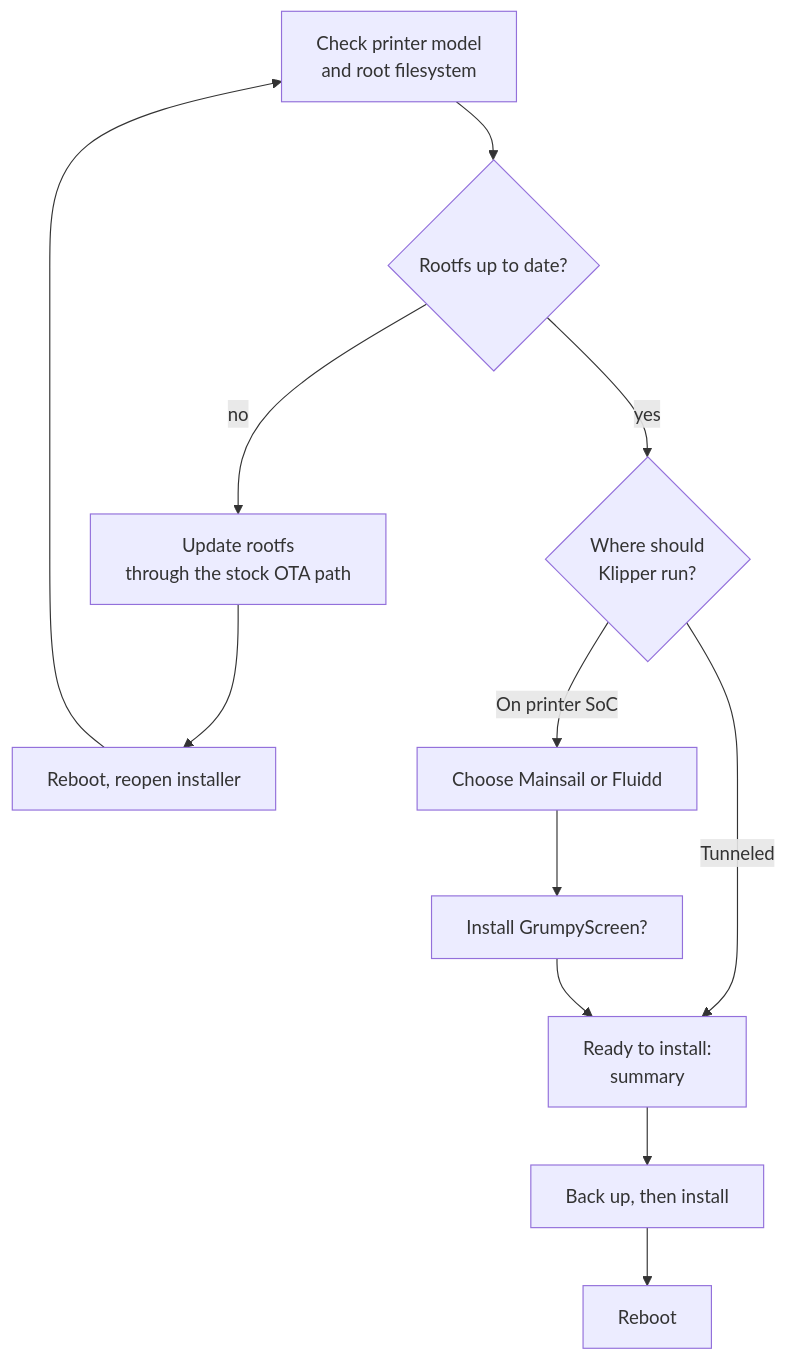
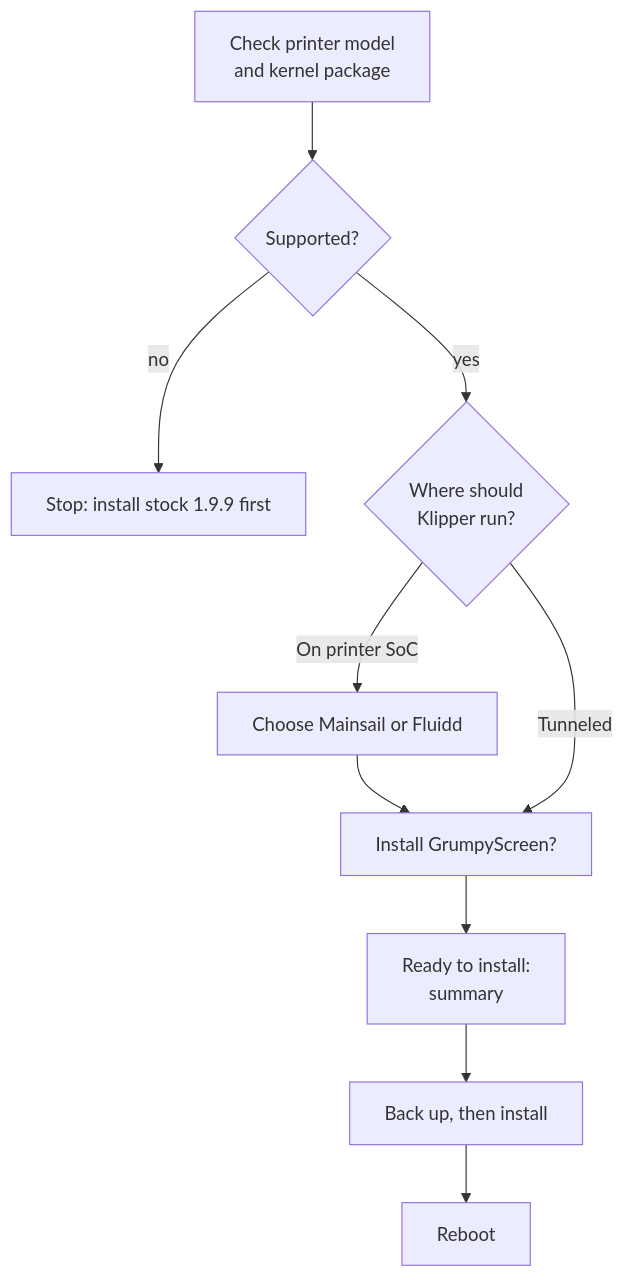
The diagram in docs/installer.md (FlashForge-C5-Modding-Group/OpenCreator), drawn with Mermaid before and after one commit. The commit also changed other lines of this file and 3 other files, not shown here.

````diff
--- a/docs/installer.md
+++ b/docs/installer.md
@@ -26,14 +26,12 @@
 ```mermaid
 flowchart TD
-  A[Check printer model<br/>and root filesystem] --> B{Rootfs up to date?}
-  B -->|no| C[Update rootfs<br/>through the stock OTA path]
-  C --> D[Reboot, reopen installer]
-  D --> A
+  A[Check printer model<br/>and kernel package] --> B{Supported?}
+  B -->|no| S[Stop: install stock 1.9.9 first]
   B -->|yes| E{Where should<br/>Klipper run?}
   E -->|On printer SoC| F[Choose Mainsail or Fluidd]
   F --> G[Install GrumpyScreen?]
-  E -->|Tunneled| H
+  E -->|Tunneled| G
   G --> H[Ready to install:<br/>summary]
   H --> I[Back up, then install]
   I --> J[Reboot]
 ```
````
